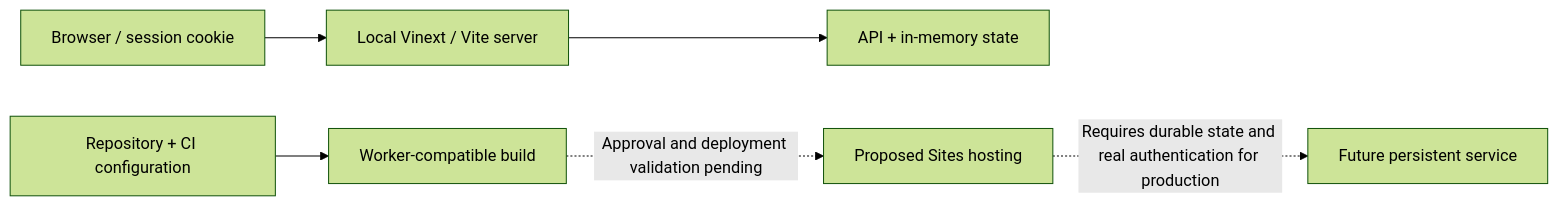
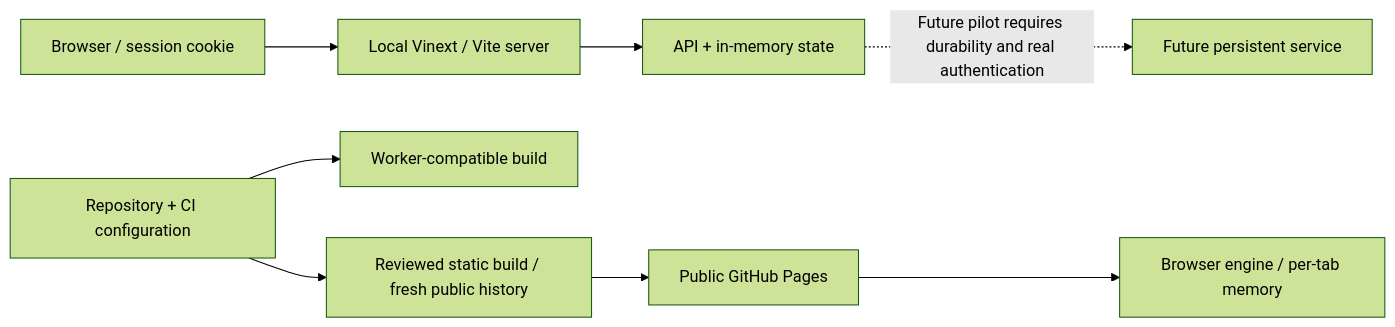
The fourth of 4 diagrams in site/documents/architecture/sequence-diagrams.md (phlppgdfry/skillsbridge-showcase), drawn with Mermaid (forest theme) before and after one commit. The commit also changed other lines of this file and 5 other files, not shown here.

Commit message:
Align architecture and product decisions with verified public browser demo

````diff
--- a/site/documents/architecture/sequence-diagrams.md
+++ b/site/documents/architecture/sequence-diagrams.md
@@ -58,8 +58,10 @@
 ```mermaid
 flowchart LR
   Browser[Browser / session cookie] --> Local[Local Vinext / Vite server]
   Local --> Runtime[API + in-memory state]
   Source[Repository + CI configuration] --> Build[Worker-compatible build]
-  Build -. Approval and deployment validation pending .-> Hosted[Proposed Sites hosting]
-  Hosted -. Requires durable state and real authentication for production .-> Data[Future persistent service]
+  Source --> Export[Reviewed static build / fresh public history]
+  Export --> Pages[Public GitHub Pages]
+  Pages --> BrowserDemo[Browser engine / per-tab memory]
+  Runtime -. Future pilot requires durability and real authentication .-> Data[Future persistent service]
 ```
````
